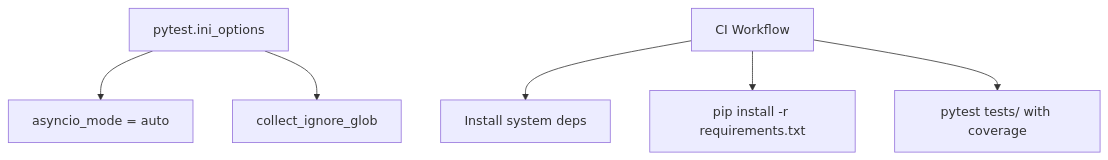
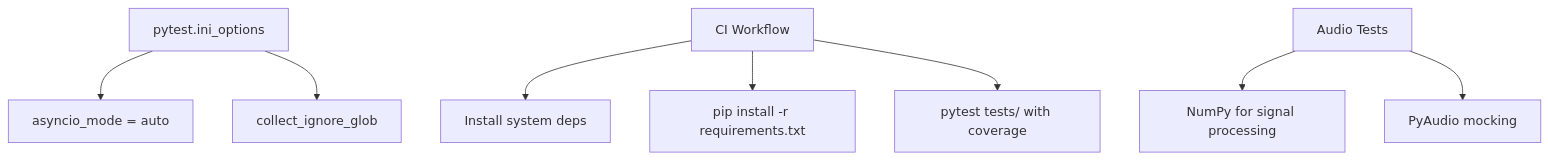
One commit to Moeabdelaziz007/Aether-Voice-OS changed the tenth of 11 diagrams in .qoder/repowiki/en/content/Testing and Quality Assurance/Integration Testing.md. Above: the diagram before and after it, drawn with Mermaid. The commit also changed other lines of this file and 29 other files, not shown here.

````diff
--- a/.qoder/repowiki/en/content/Testing and Quality Assurance/Integration Testing.md
+++ b/.qoder/repowiki/en/content/Testing and Quality Assurance/Integration Testing.md
@@ -324,8 +436,10 @@
 ```mermaid
 graph TB
 P["pytest.ini_options"] --> Cfg["asyncio_mode = auto"]
 P --> Ig["collect_ignore_glob"]
 CI["CI Workflow"] --> SysDeps["Install system deps"]
 CI --> PyDeps["pip install -r requirements.txt"]
 CI --> Run["pytest tests/ with coverage"]
+Audio["Audio Tests"] --> Numpy["NumPy for signal processing"]
+Audio --> PyAudio["PyAudio mocking"]
 ```
````
